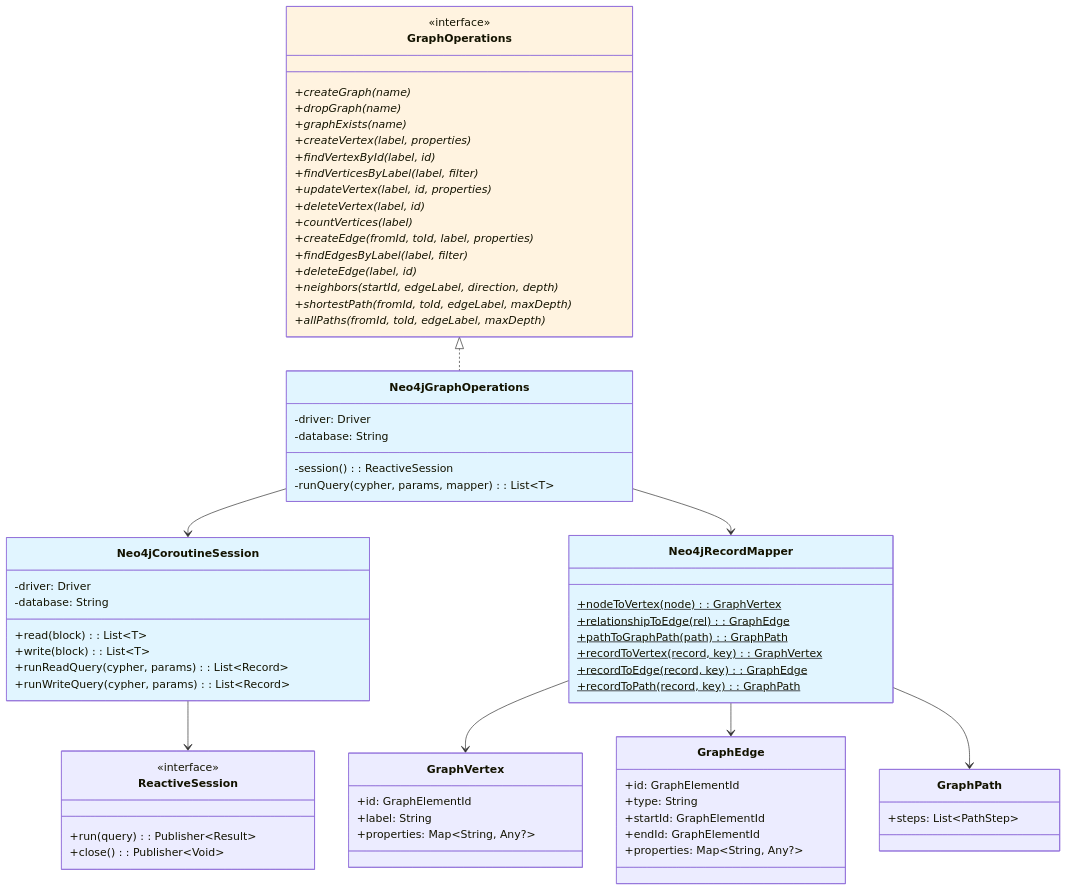
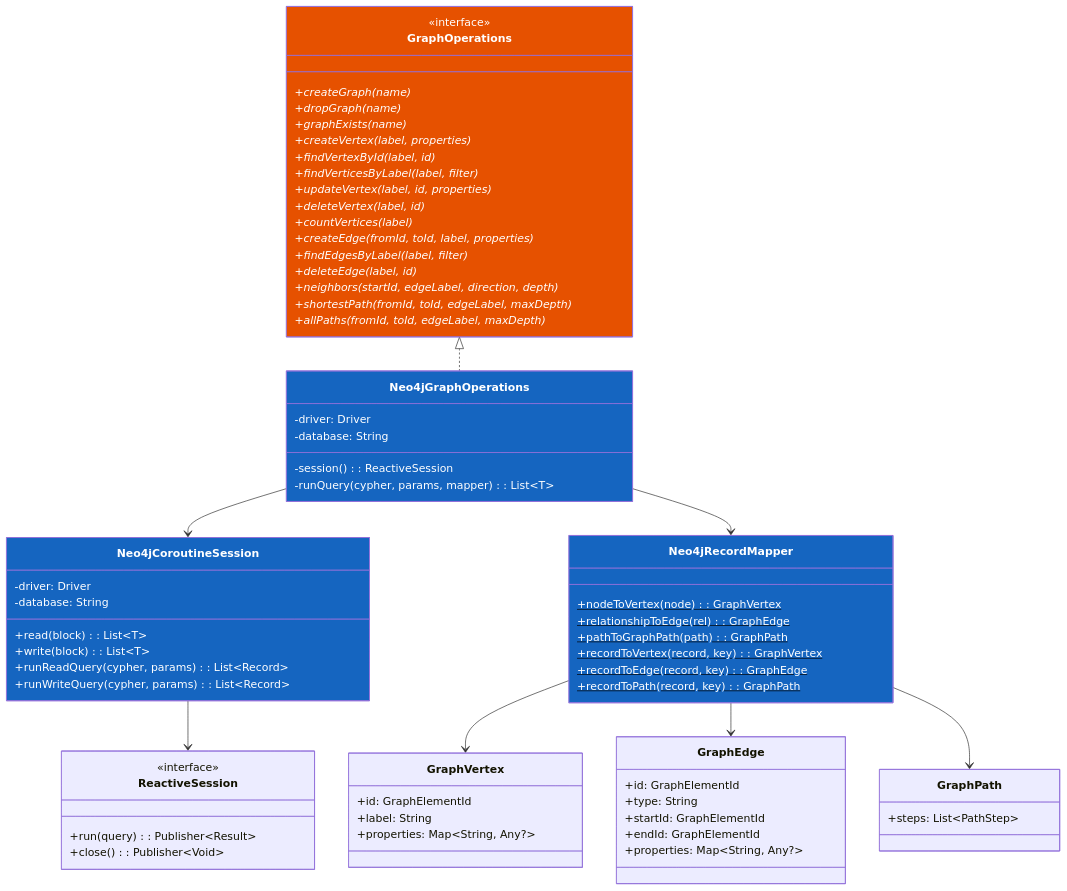
Before and after one commit to bluetape4k/bluetape4k-experimental: the third of 12 diagrams in graph/graph-neo4j/README.md, drawn with Mermaid. The commit also changed other lines of this file and 71 other files, not shown here.

First line of the commit message:
feat(graph): Memgraph, TinkerPop 백엔드 및 Neo4j/Memgraph/TinkerPop 예제 추가

````diff
--- a/graph/graph-neo4j/README.md
+++ b/graph/graph-neo4j/README.md
@@ -153,8 +153,8 @@
     Neo4jRecordMapper --> GraphEdge
     Neo4jRecordMapper --> GraphPath
 
-    style GraphOperations fill:#fff3e0
-    style Neo4jGraphOperations fill:#e1f5ff
-    style Neo4jCoroutineSession fill:#e1f5ff
-    style Neo4jRecordMapper fill:#e1f5ff
+    style GraphOperations fill:#E65100,color:#fff
+    style Neo4jGraphOperations fill:#1565C0,color:#fff
+    style Neo4jCoroutineSession fill:#1565C0,color:#fff
+    style Neo4jRecordMapper fill:#1565C0,color:#fff
 ```
````
